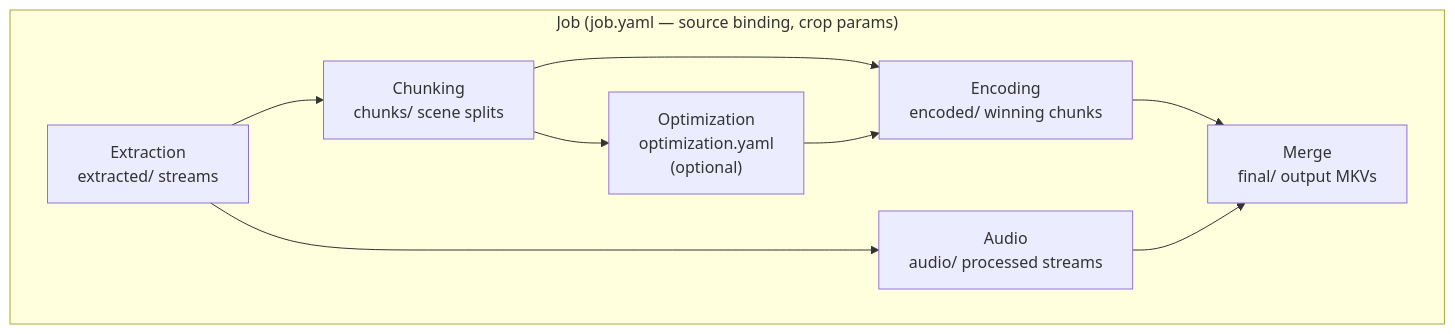
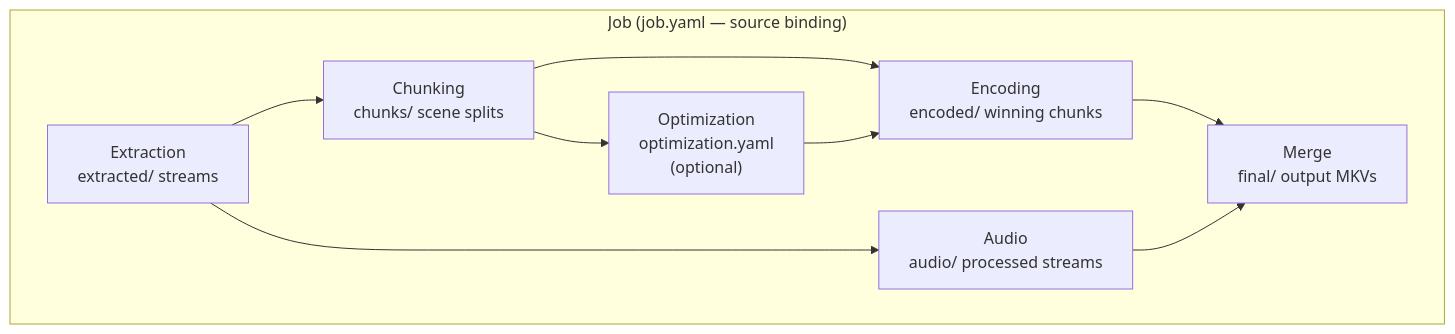
Before and after one commit to CHerSun/pyqenc: the second of 7 diagrams in docs/architecture.md, drawn with Mermaid. The commit also changed other lines of this file and 46 other files, not shown here.

````diff
--- a/docs/architecture.md
+++ b/docs/architecture.md
@@ -54,19 +54,19 @@
 ```mermaid
 flowchart TD
-    subgraph Job["Job (job.yaml — source binding, crop params)"]
+    subgraph Job["Job (job.yaml — source binding)"]
         EX["Extraction\nextracted/ streams"]
         CH["Chunking\nchunks/ scene splits"]
         OP["Optimization\noptimization.yaml\n(optional)"]
         EN["Encoding\nencoded/ winning chunks"]
         AU["Audio\naudio/ processed streams"]
         ME["Merge\nfinal/ output MKVs"]
 
         EX --> CH
         CH --> OP
         CH --> EN
         OP --> EN
         EX --> AU
         EN --> ME
         AU --> ME
     end
 ```
````
